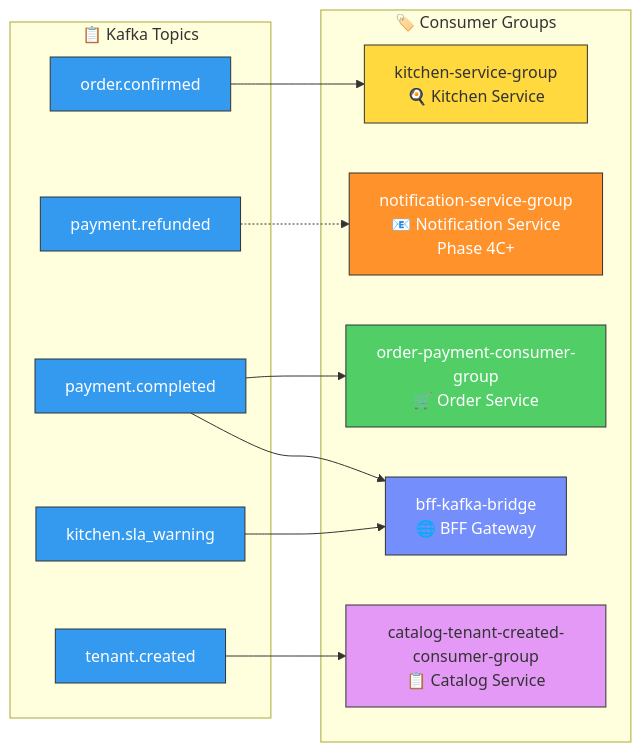
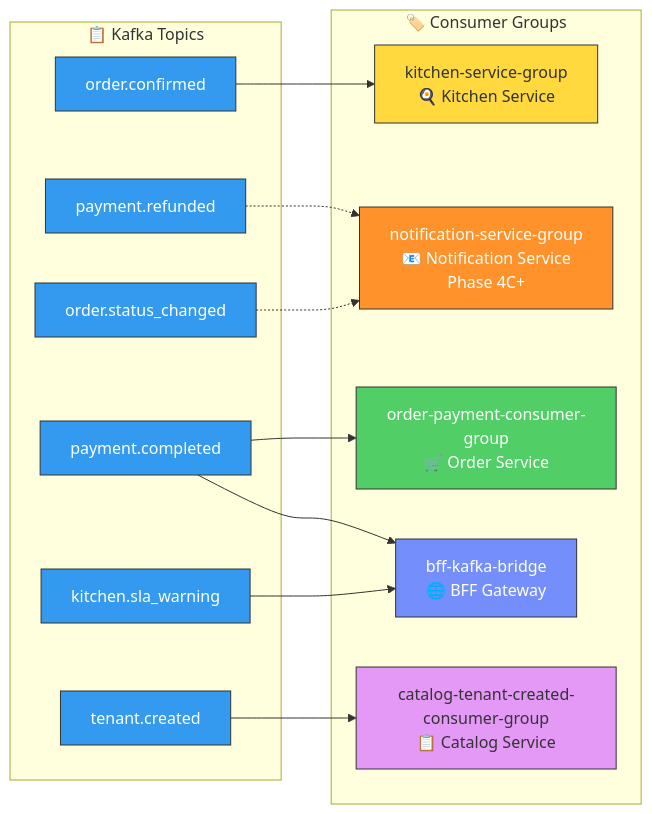
Diagram 34 of 38 in docs/guides/kafka-qrtable.md (quan-vo-dinh/saas-pos-microservices-qrtable), drawn with Mermaid before and after one commit. The commit also changed other lines of this file and 13 other files, not shown here.

Commit message:
docs: update refactor architecture notes

````diff
--- a/docs/guides/kafka-qrtable.md
+++ b/docs/guides/kafka-qrtable.md
@@ -1599,39 +1607,42 @@
 ```mermaid
 graph LR
     subgraph TOPICS["📋 Kafka Topics"]
         T1["order.confirmed"]
         T2["payment.completed"]
         T3["kitchen.sla_warning"]
         T4["tenant.created"]
         T5["payment.refunded"]
+        T6["order.status_changed"]
     end
 
     subgraph GROUPS["🏷️ Consumer Groups"]
         G1["kitchen-service-group<br/>🍳 Kitchen Service"]
         G2["notification-service-group<br/>📧 Notification Service<br/>Phase 4C+"]
         G3["order-payment-consumer-group<br/>🛒 Order Service"]
         G4["bff-kafka-bridge<br/>🌐 BFF Gateway"]
         G5["catalog-tenant-created-consumer-group<br/>📋 Catalog Service"]
     end
 
     T1 --> G1
     T2 --> G3
     T2 --> G4
 
     T3 --> G4
 
     T4 --> G5
 
     T5 -.-> G2
+    T6 -.-> G2
 
     style T1 fill:#339af0,stroke:#333,color:#fff
     style T2 fill:#339af0,stroke:#333,color:#fff
     style T3 fill:#339af0,stroke:#333,color:#fff
     style T4 fill:#339af0,stroke:#333,color:#fff
     style T5 fill:#339af0,stroke:#333,color:#fff
+    style T6 fill:#339af0,stroke:#333,color:#fff
     style G1 fill:#ffd93d,stroke:#333,color:#333
     style G2 fill:#ff922b,stroke:#333,color:#fff
     style G3 fill:#51cf66,stroke:#333,color:#fff
     style G4 fill:#748ffc,stroke:#333,color:#fff
     style G5 fill:#e599f7,stroke:#333,color:#333
 ```
````
